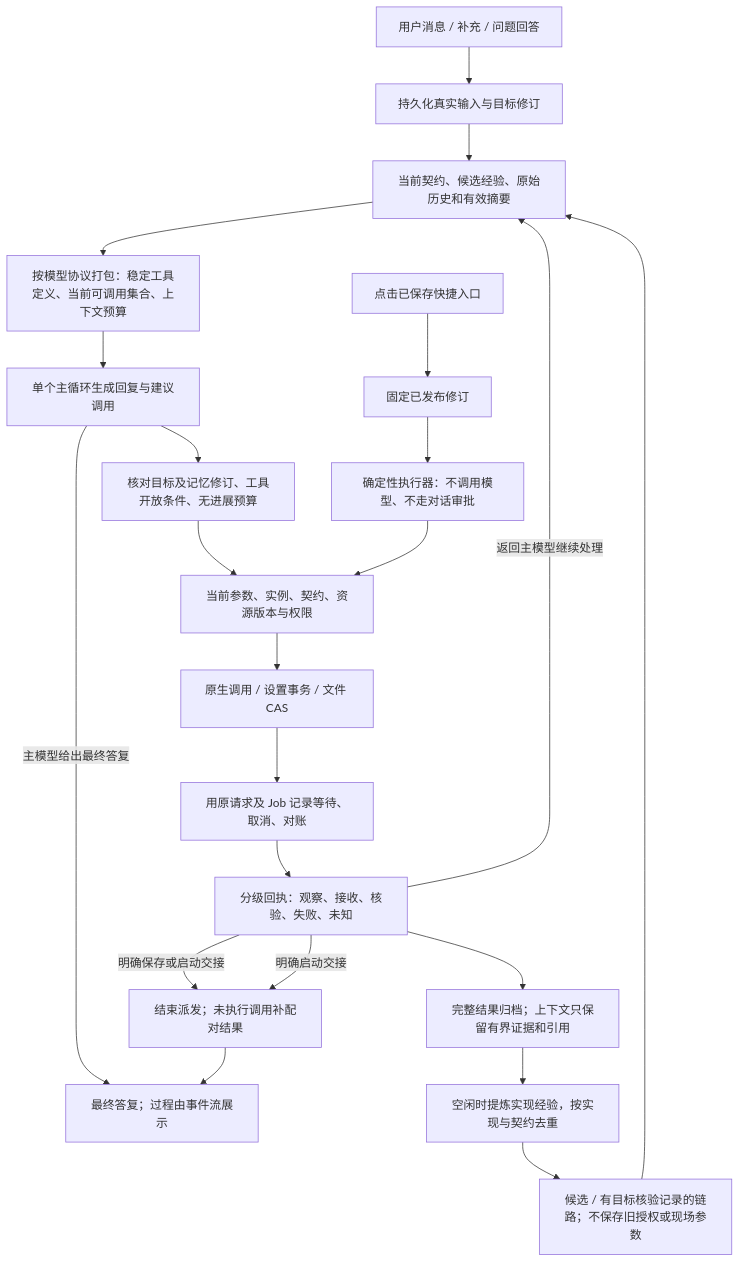
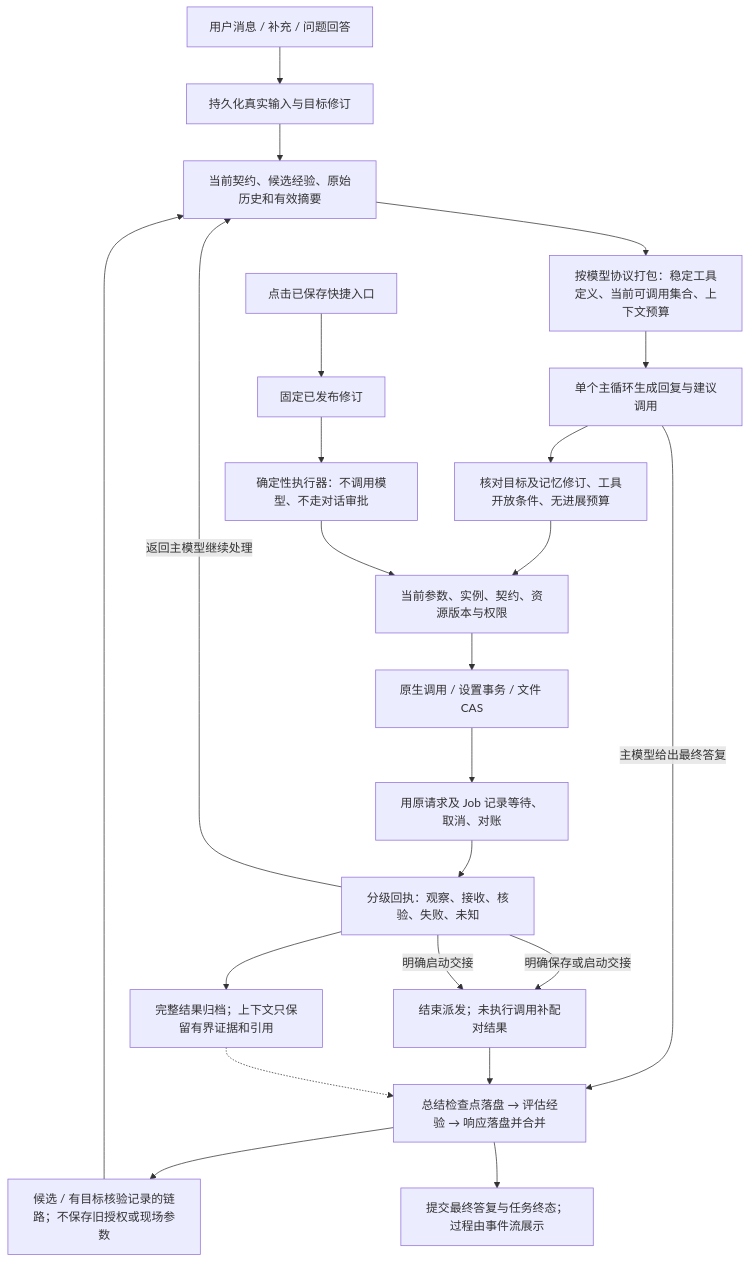
The sixth of 7 diagrams in docs/internals.md (A-Little-AnQi/Sleepy-Doll), drawn with Mermaid before and after one commit. The commit also changed other lines of this file and 42 other files, not shown here.

````diff
--- a/docs/internals.md
+++ b/docs/internals.md
@@ -236,24 +240,25 @@
 ```mermaid
 flowchart TD
   U[用户消息 / 补充 / 问题回答] --> G[持久化真实输入与目标修订]
   Q[点击已保存快捷入口] --> R[固定已发布修订]
   R --> D[确定性执行器：不调用模型、不走对话审批]
   G --> C[当前契约、候选经验、原始历史和有效摘要]
   C --> P[按模型协议打包：稳定工具定义、当前可调用集合、上下文预算]
   P --> M[单个主循环生成回复与建议调用]
   M --> K[核对目标及记忆修订、工具开放条件、无进展预算]
   K --> A[当前参数、实例、契约、资源版本与权限]
-  M -->|主模型给出最终答复| F[最终答复；过程由事件流展示]
+  M -->|主模型给出最终答复| I[总结检查点落盘 → 评估经验 → 响应落盘并合并]
   E -->|明确保存或启动交接| L[结束派发；未执行调用补配对结果]
   D --> A
   A --> B[原生调用 / 设置事务 / 文件 CAS]
   B --> W[用原请求及 Job 记录等待、取消、对账]
   W --> E[分级回执：观察、接收、核验、失败、未知]
   E -->|返回主模型继续处理| C
   E -->|明确启动交接| L
-  L --> F[最终答复；过程由事件流展示]
+  L --> I
   E --> H[完整结果归档；上下文只保留有界证据和引用]
-  H --> I[空闲时提炼实现经验，按实现与契约去重]
+  H -.-> I
   I --> J[候选 / 有目标核验记录的链路；不保存旧授权或现场参数]
   J --> C
+  I --> F[提交最终答复与任务终态；过程由事件流展示]
 ```
````
